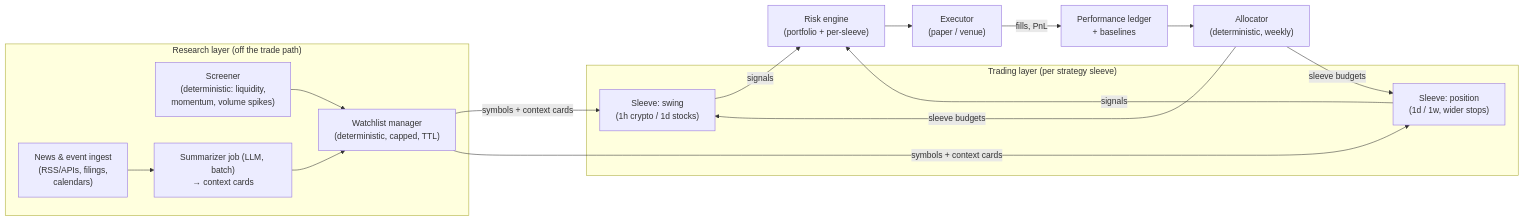
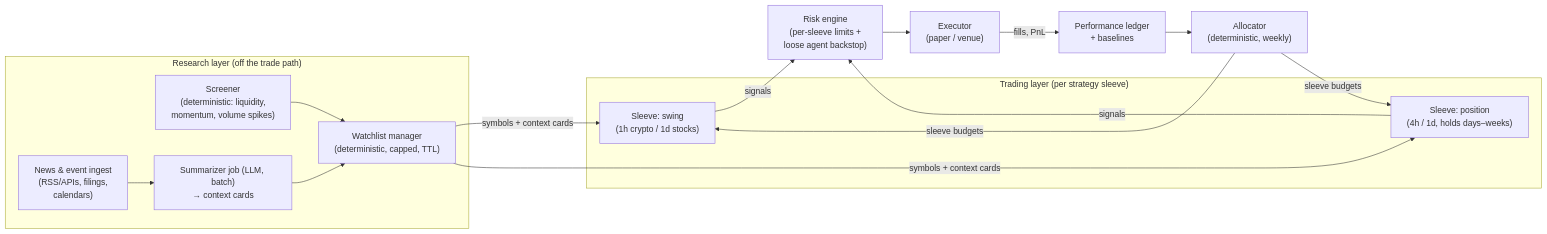
The diagram in CHANGE.md (BBlazej/smartyTrader), drawn with Mermaid before and after one commit. The commit also changed other lines of this file, not shown here.

````diff
--- a/CHANGE.md
+++ b/CHANGE.md
@@ -72,23 +75,23 @@
 ```mermaid
 flowchart LR
   subgraph Research["Research layer (off the trade path)"]
     SCAN["Screener\n(deterministic: liquidity,\nmomentum, volume spikes)"]
     NEWS["News & event ingest\n(RSS/APIs, filings,\ncalendars)"]
     SUMM["Summarizer job (LLM, batch)\n→ context cards"]
     WL["Watchlist manager\n(deterministic, capped, TTL)"]
     SCAN --> WL
     NEWS --> SUMM --> WL
   end
   subgraph Trading["Trading layer (per strategy sleeve)"]
     S1["Sleeve: swing\n(1h crypto / 1d stocks)"]
-    S2["Sleeve: position\n(1d / 1w, wider stops)"]
+    S2["Sleeve: position\n(4h / 1d, holds days–weeks)"]
   end
   ALLOC["Allocator\n(deterministic, weekly)"]
   PERF["Performance ledger\n+ baselines"]
-  RISK["Risk engine\n(portfolio + per-sleeve)"]
+  RISK["Risk engine\n(per-sleeve limits +\nloose agent backstop)"]
   EXE["Executor\n(paper / venue)"]
 
   WL -->|symbols + context cards| S1 & S2
   S1 & S2 -->|signals| RISK --> EXE
   EXE -->|fills, PnL| PERF --> ALLOC -->|sleeve budgets| S1 & S2
 ```
````
